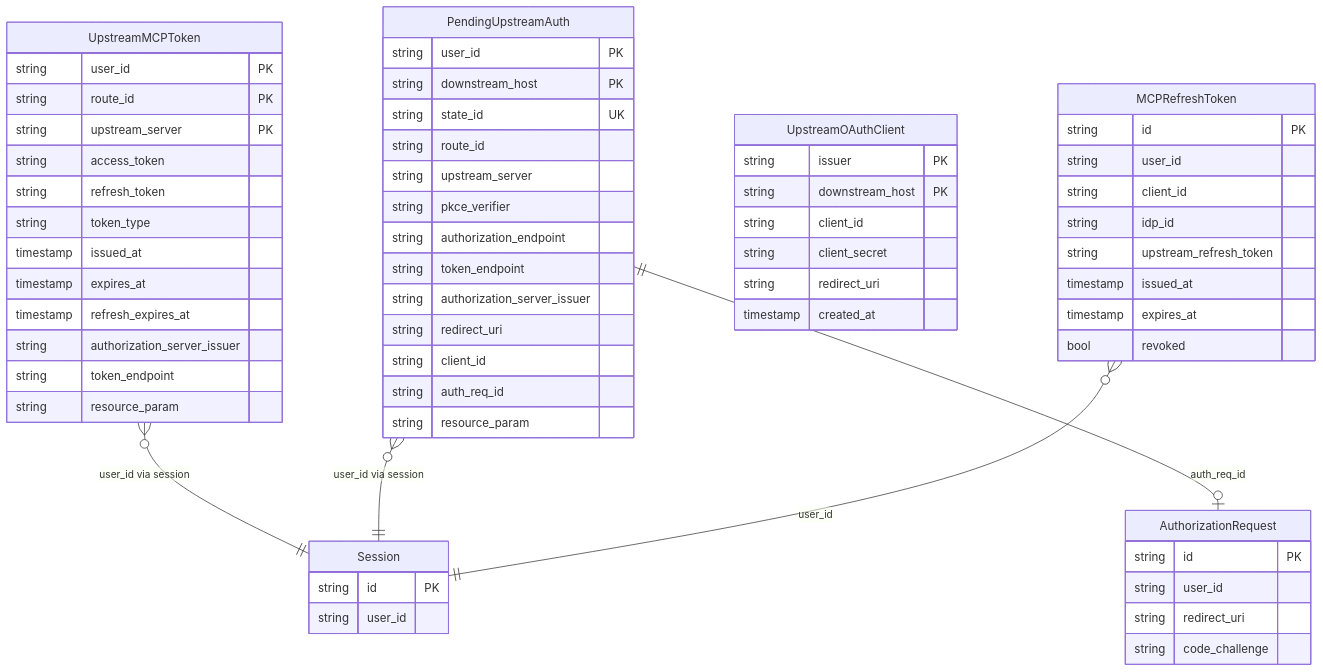
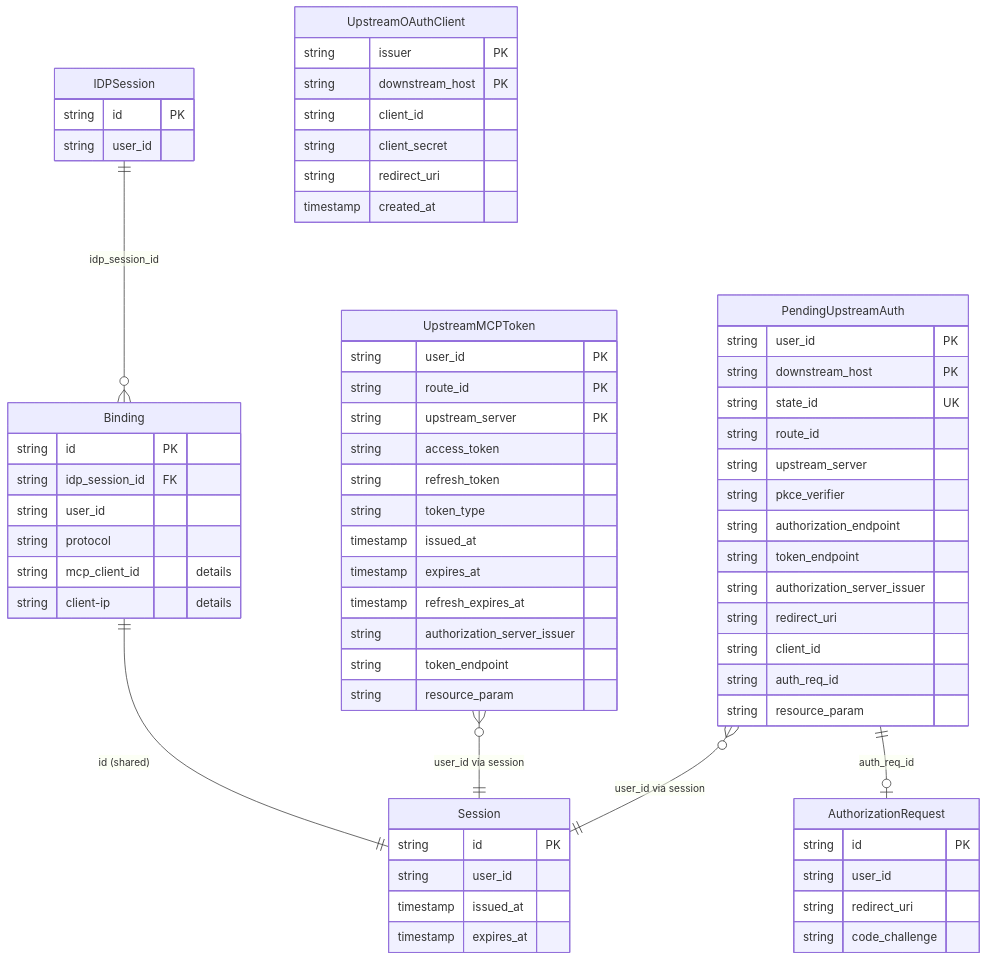
The tenth of 10 diagrams in internal/mcp/DESIGN.md (pomerium/pomerium), drawn with Mermaid before and after one commit. The commit also changed other lines of this file and 26 other files, not shown here.

First line of the commit message:
mcp: bind client credentials to the centralized IdP session

````diff
--- a/internal/mcp/DESIGN.md
+++ b/internal/mcp/DESIGN.md
@@ -672,70 +730,76 @@
 ```mermaid
 erDiagram
+    IDPSession {
+        string id PK
+        string user_id
+    }
+
+    Binding {
+        string id PK
+        string idp_session_id FK
+        string user_id
+        string protocol
+        string mcp_client_id "details"
+        string client-ip "details"
+    }
+
+    Session {
+        string id PK
+        string user_id
+        timestamp issued_at
+        timestamp expires_at
+    }
+
     UpstreamMCPToken {
         string user_id PK
         string route_id PK
         string upstream_server PK
         string access_token
         string refresh_token
         string token_type
         timestamp issued_at
         timestamp expires_at
         timestamp refresh_expires_at
         string authorization_server_issuer
         string token_endpoint
         string resource_param
     }
 
     PendingUpstreamAuth {
         string user_id PK
         string downstream_host PK
         string state_id UK
         string route_id
         string upstream_server
         string pkce_verifier
         string authorization_endpoint
         string token_endpoint
         string authorization_server_issuer
         string redirect_uri
         string client_id
         string auth_req_id
         string resource_param
     }
 
     UpstreamOAuthClient {
         string issuer PK
         string downstream_host PK
         string client_id
         string client_secret
         string redirect_uri
         timestamp created_at
     }
 
     AuthorizationRequest {
         string id PK
         string user_id
         string redirect_uri
         string code_challenge
     }
 
-    MCPRefreshToken {
-        string id PK
-        string user_id
-        string client_id
-        string idp_id
-        string upstream_refresh_token
-        timestamp issued_at
-        timestamp expires_at
-        bool revoked
-    }
-
-    Session {
-        string id PK
-        string user_id
-    }
-
+    IDPSession ||--o{ Binding : "idp_session_id"
+    Binding ||--|| Session : "id (shared)"
     UpstreamMCPToken }o--|| Session : "user_id via session"
     PendingUpstreamAuth }o--|| Session : "user_id via session"
     PendingUpstreamAuth ||--o| AuthorizationRequest : "auth_req_id"
-    MCPRefreshToken }o--|| Session : "user_id"
 ```
````
